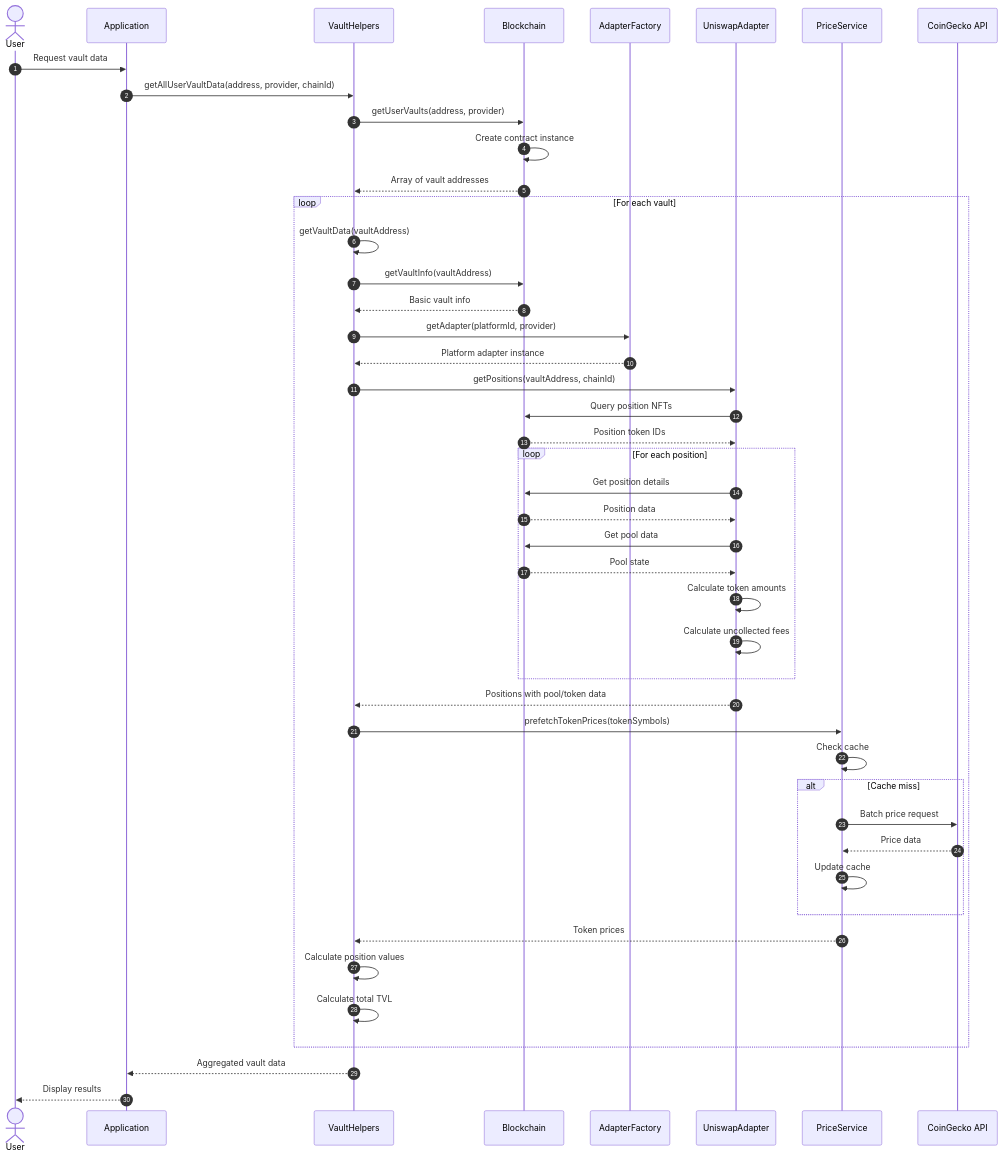
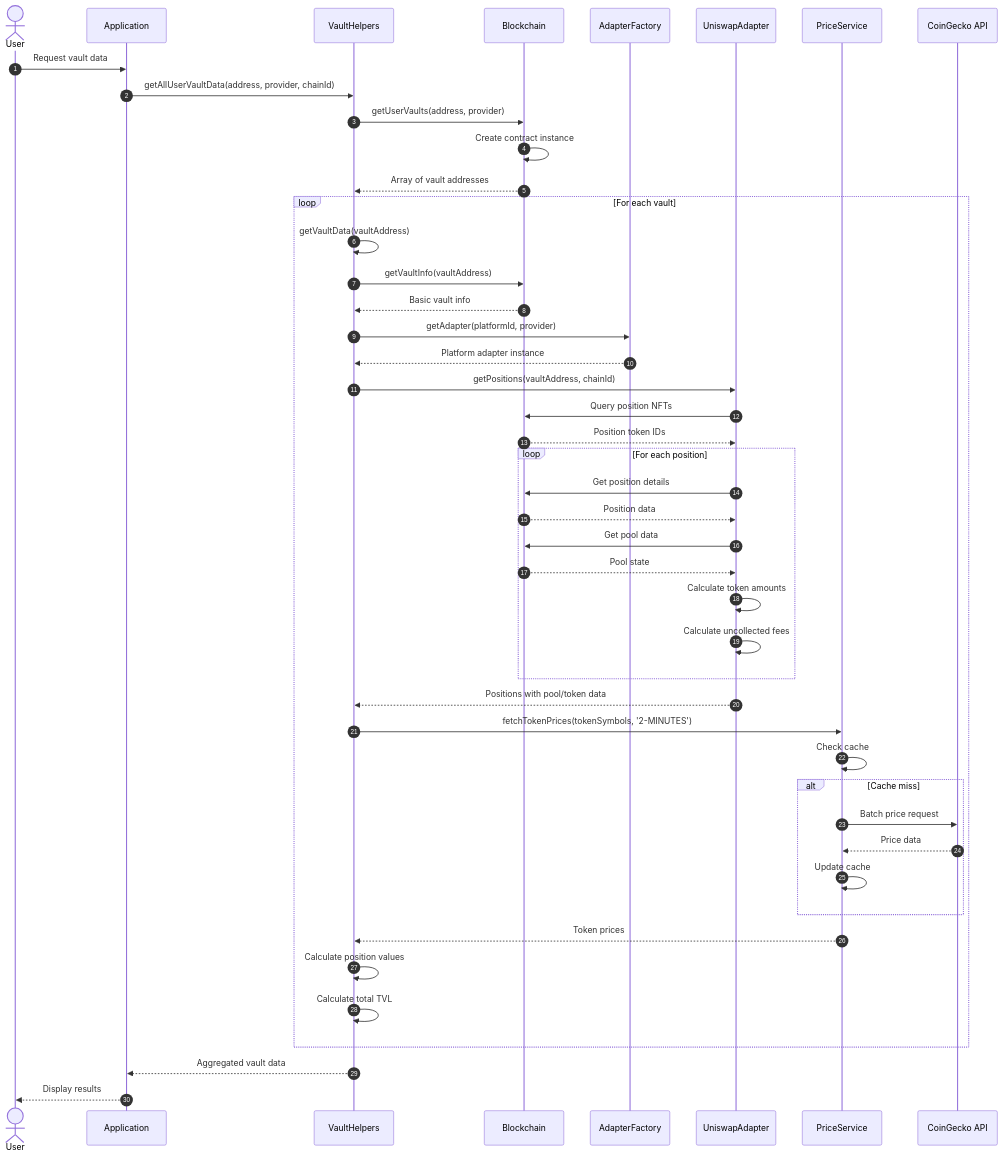
Before and after one commit to derrek-b/fum_project: the first of 4 diagrams in docs/diagrams/mermaid/sequence-diagrams.md, drawn with Mermaid. The commit also changed other lines of this file and 18 other files, not shown here.

````diff
--- a/docs/diagrams/mermaid/sequence-diagrams.md
+++ b/docs/diagrams/mermaid/sequence-diagrams.md
@@ -5,60 +5,60 @@
 ```mermaid
 sequenceDiagram
     autonumber
     actor User
     participant App as Application
     participant VH as VaultHelpers
     participant BC as Blockchain
     participant AF as AdapterFactory
     participant UA as UniswapAdapter
     participant PS as PriceService
     participant CG as CoinGecko API
     
     User->>App: Request vault data
     App->>VH: getAllUserVaultData(address, provider, chainId)
     
     VH->>BC: getUserVaults(address, provider)
     BC->>BC: Create contract instance
     BC-->>VH: Array of vault addresses
     
     loop For each vault
         VH->>VH: getVaultData(vaultAddress)
         VH->>BC: getVaultInfo(vaultAddress)
         BC-->>VH: Basic vault info
         
         VH->>AF: getAdapter(platformId, provider)
         AF-->>VH: Platform adapter instance
         
         VH->>UA: getPositions(vaultAddress, chainId)
         UA->>BC: Query position NFTs
         BC-->>UA: Position token IDs
         
         loop For each position
             UA->>BC: Get position details
             BC-->>UA: Position data
             UA->>BC: Get pool data
             BC-->>UA: Pool state
             UA->>UA: Calculate token amounts
             UA->>UA: Calculate uncollected fees
         end
         
         UA-->>VH: Positions with pool/token data
         
-        VH->>PS: prefetchTokenPrices(tokenSymbols)
+        VH->>PS: fetchTokenPrices(tokenSymbols, '2-MINUTES')
         PS->>PS: Check cache
         
         alt Cache miss
             PS->>CG: Batch price request
             CG-->>PS: Price data
             PS->>PS: Update cache
         end
         
         PS-->>VH: Token prices
         
         VH->>VH: Calculate position values
         VH->>VH: Calculate total TVL
     end
     
     VH-->>App: Aggregated vault data
     App-->>User: Display results
 ```
````
